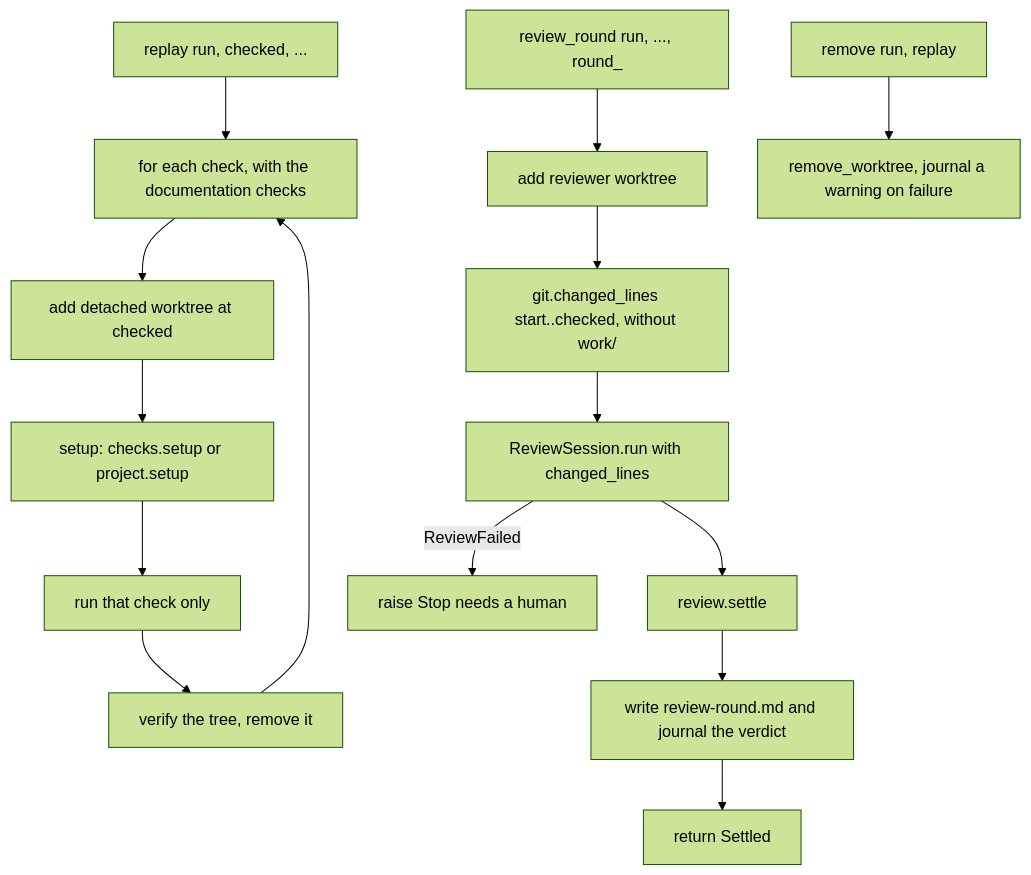
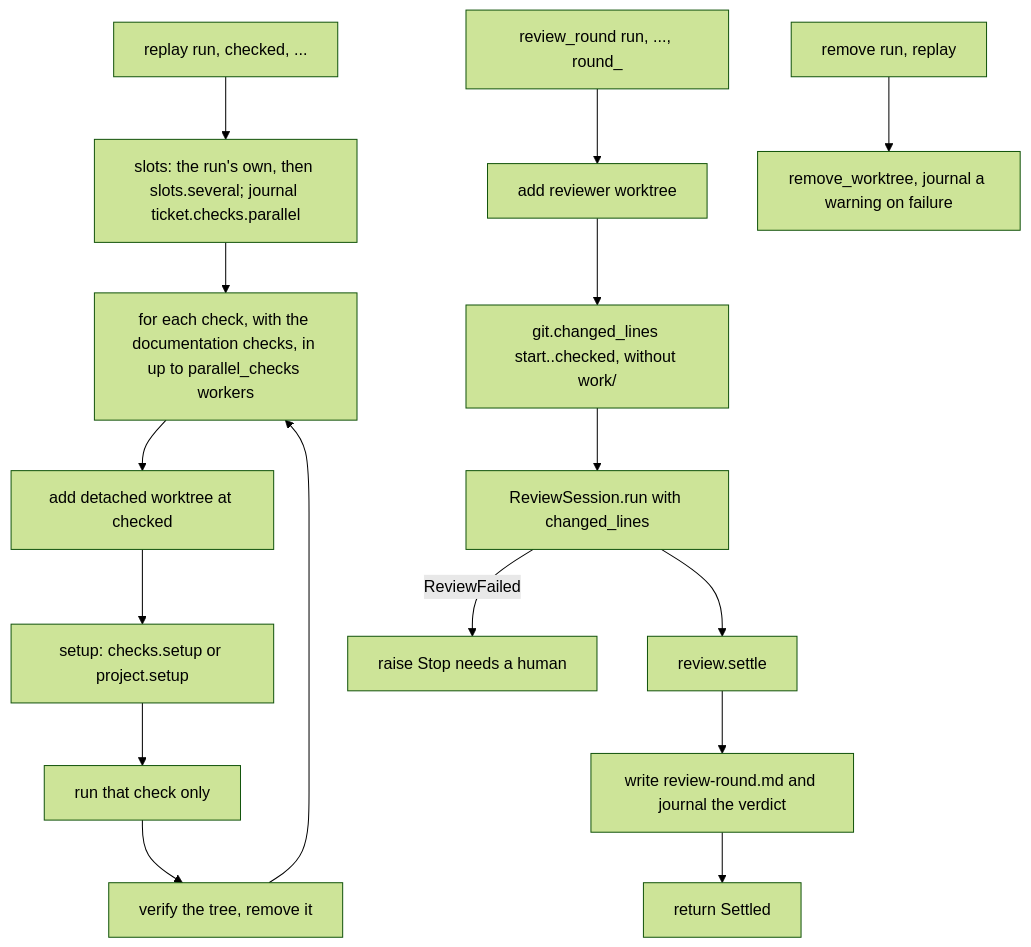
The first of 3 diagrams in docs/architecture/modules/replay.md (plaplanche/ariane), drawn with Mermaid (forest theme) before and after one commit. The commit also changed other lines of this file and 26 other files, not shown here.

Commit message:
#143: Replay independent checks in parallel, each in its own tree and slot (C9)

````diff
--- a/docs/architecture/modules/replay.md
+++ b/docs/architecture/modules/replay.md
@@ -26,17 +28,18 @@
 ```mermaid
 flowchart TD
-  A[replay run, checked, ...] --> B[for each check, with the documentation checks]
+  A[replay run, checked, ...] --> A2[slots: the run's own, then slots.several; journal ticket.checks.parallel]
+  A2 --> B[for each check, with the documentation checks, in up to parallel_checks workers]
   B --> C[add detached worktree at checked]
   C --> D[setup: checks.setup or project.setup]
   D --> E[run that check only]
   E --> F[verify the tree, remove it]
   F --> B
   G[review_round run, ..., round_] --> H[add reviewer worktree]
   H --> H2[git.changed_lines start..checked, without work/]
   H2 --> I[ReviewSession.run with changed_lines]
   I -- ReviewFailed --> X[raise Stop needs a human]
   I --> J[review.settle]
   J --> K[write review-round.md and journal the verdict]
   K --> L[return Settled]
   M[remove run, replay] --> N[remove_worktree, journal a warning on failure]
 ```
````
